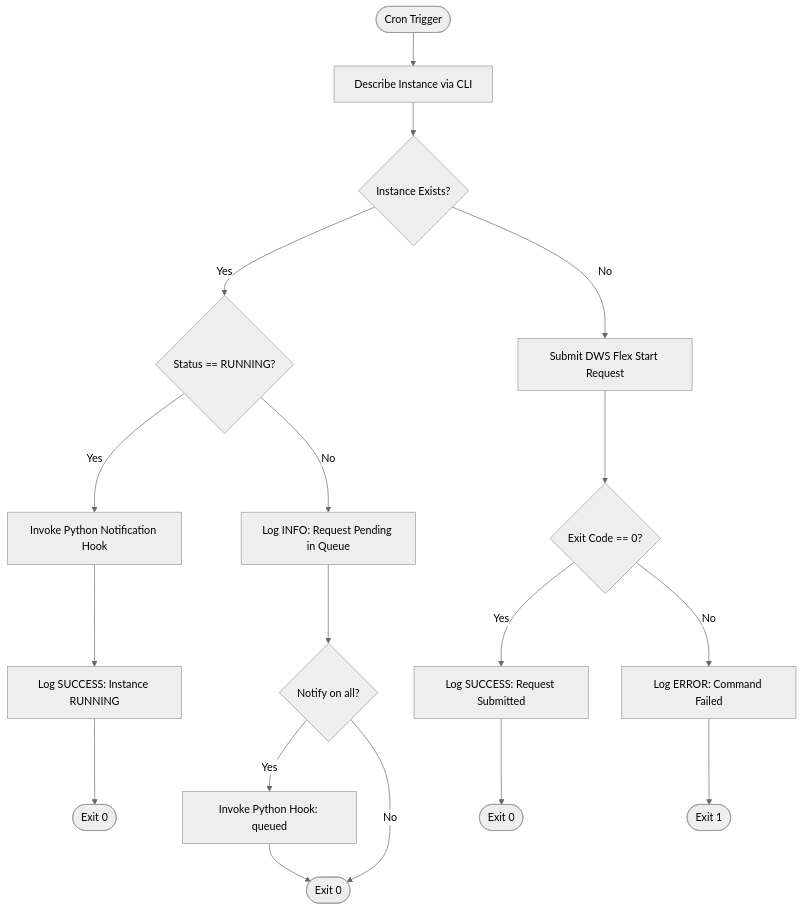
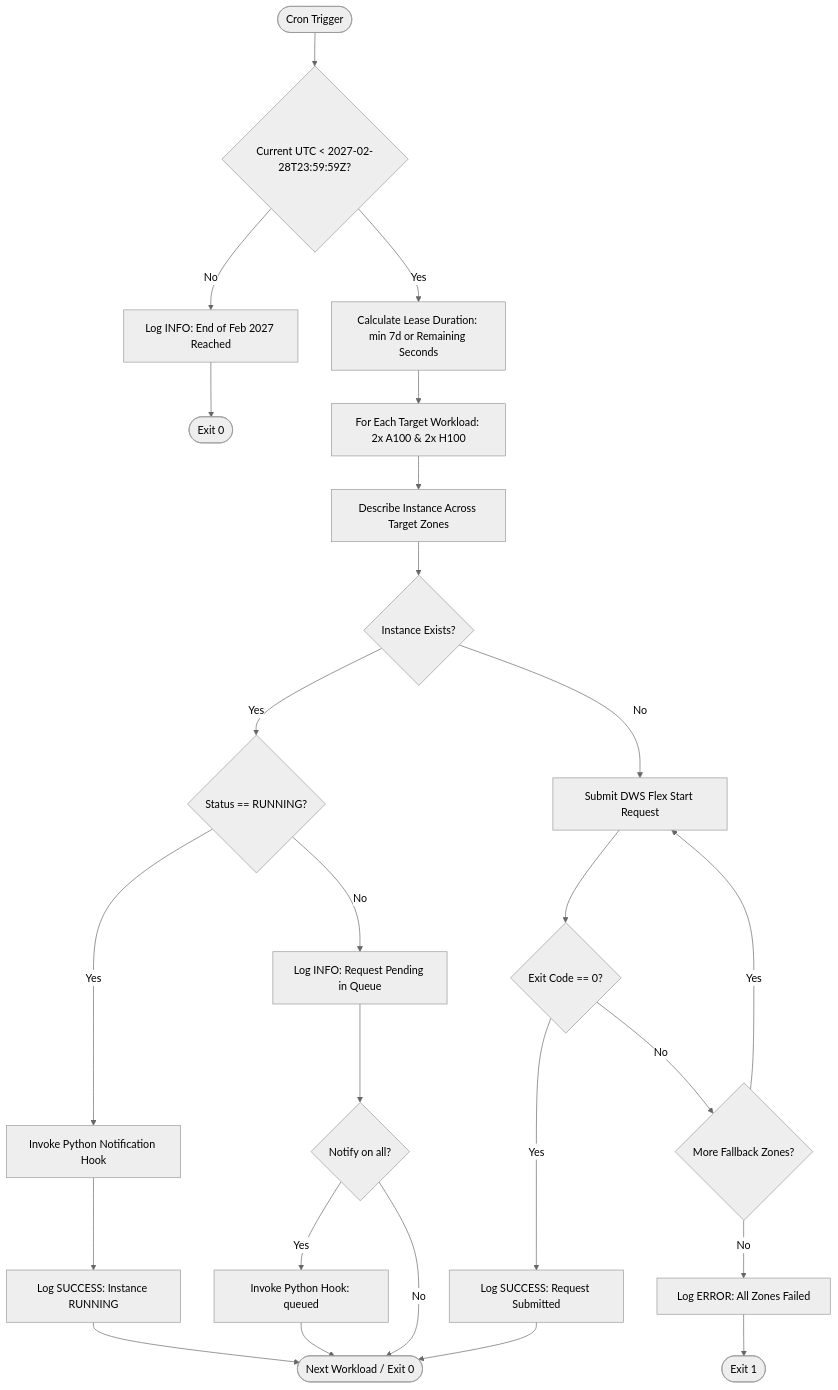
The diagram in README.md (brookswood/flex_capacity), drawn with Mermaid (neutral theme) before and after one commit. The commit also changed other lines of this file and 2 other files, not shown here.

````diff
--- a/README.md
+++ b/README.md
@@ -25,18 +26,24 @@
 ```mermaid
 flowchart TD
-    Start([Cron Trigger]) --> CheckInstance[Describe Instance via CLI]
+    Start([Cron Trigger]) --> CheckExpiry{Current UTC < 2027-02-28T23:59:59Z?}
+    CheckExpiry -- No --> LogExpired[Log INFO: End of Feb 2027 Reached] --> ExitExpired([Exit 0])
+    CheckExpiry -- Yes --> CalcLease[Calculate Lease Duration: min 7d or Remaining Seconds]
+    CalcLease --> LoopWorkloads[For Each Target Workload: 2x A100 & 2x H100]
+    LoopWorkloads --> CheckInstance[Describe Instance Across Target Zones]
     CheckInstance --> Exists{Instance Exists?}
-    
+
     Exists -- Yes --> CheckStatus{Status == RUNNING?}
     CheckStatus -- Yes --> TriggerHook[Invoke Python Notification Hook]
-    TriggerHook --> LogRunning[Log SUCCESS: Instance RUNNING] --> ExitSuccess([Exit 0])
+    TriggerHook --> LogRunning[Log SUCCESS: Instance RUNNING] --> NextWorkload([Next Workload / Exit 0])
     CheckStatus -- No --> LogQueued[Log INFO: Request Pending in Queue]
     LogQueued --> NotifyQueue{Notify on all?}
-    NotifyQueue -- Yes --> TriggerQueueHook[Invoke Python Hook: queued] --> ExitQueued([Exit 0])
-    NotifyQueue -- No --> ExitQueued([Exit 0])
-    
+    NotifyQueue -- Yes --> TriggerQueueHook[Invoke Python Hook: queued] --> NextWorkload
+    NotifyQueue -- No --> NextWorkload
+
     Exists -- No --> SubmitRequest[Submit DWS Flex Start Request]
     SubmitRequest --> CheckExit{Exit Code == 0?}
-    CheckExit -- Yes --> LogSubmitSuccess[Log SUCCESS: Request Submitted] --> ExitDone([Exit 0])
-    CheckExit -- No --> LogSubmitError[Log ERROR: Command Failed] --> ExitError([Exit 1])
+    CheckExit -- Yes --> LogSubmitSuccess[Log SUCCESS: Request Submitted] --> NextWorkload
+    CheckExit -- No --> NextZone{More Fallback Zones?}
+    NextZone -- Yes --> SubmitRequest
+    NextZone -- No --> LogSubmitError[Log ERROR: All Zones Failed] --> ExitError([Exit 1])
 ```
````
